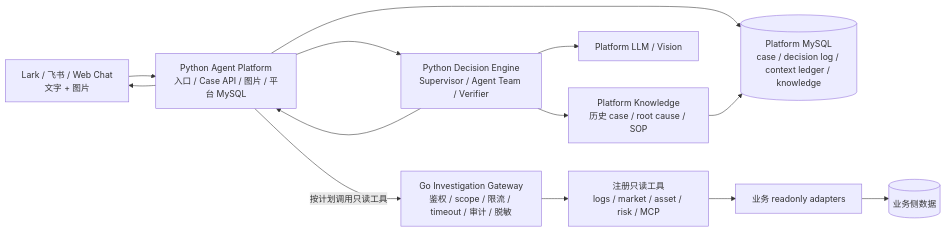
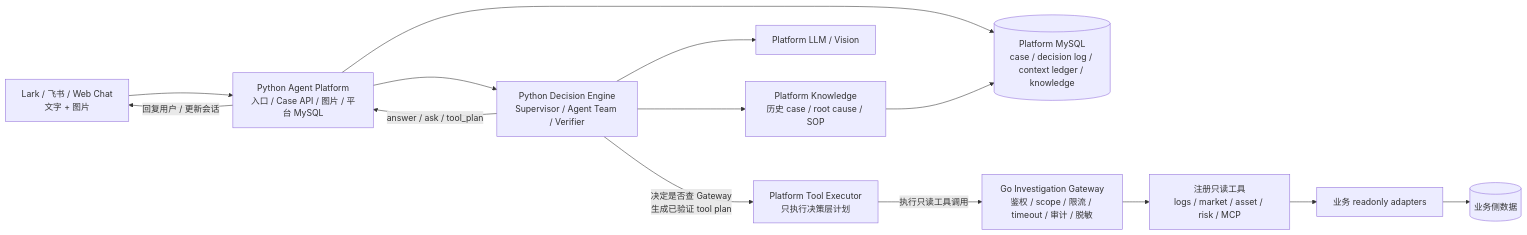
The diagram in README.md (Nankis/ai-troubleshooter), drawn with Mermaid before and after one commit. The commit also changed other lines of this file and 13 other files, not shown here.

Commit message:
P-2026-041 move gateway read policy to decision engine

````diff
--- a/README.md
+++ b/README.md
@@ -25,15 +25,16 @@
 ```mermaid
 flowchart LR
   Input["Lark / 飞书 / Web Chat<br/>文字 + 图片"] --> Platform["Python Agent Platform<br/>入口 / Case API / 图片 / 平台 MySQL"]
   Platform --> Engine["Python Decision Engine<br/>Supervisor / Agent Team / Verifier"]
   Engine --> Knowledge["Platform Knowledge<br/>历史 case / root cause / SOP"]
   Engine --> Model["Platform LLM / Vision"]
   Platform --> Store[("Platform MySQL<br/>case / decision log / context ledger / knowledge")]
-  Engine --> Platform
+  Engine -- "answer / ask / tool_plan" --> Platform
   Knowledge --> Store
-  Platform -- "按计划调用只读工具" --> Gateway["Go Investigation Gateway<br/>鉴权 / scope / 限流 / timeout / 审计 / 脱敏"]
+  Engine -- "决定是否查 Gateway<br/>生成已验证 tool plan" --> Executor["Platform Tool Executor<br/>只执行决策层计划"]
+  Executor -- "执行只读工具调用" --> Gateway["Go Investigation Gateway<br/>鉴权 / scope / 限流 / timeout / 审计 / 脱敏"]
   Gateway --> Tools["注册只读工具<br/>logs / market / asset / risk / MCP"]
   Tools --> Business["业务 readonly adapters"]
   Business --> BusinessDB[("业务侧数据")]
-  Platform --> Input
+  Platform -- "回复用户 / 更新会话" --> Input
 ```
````
